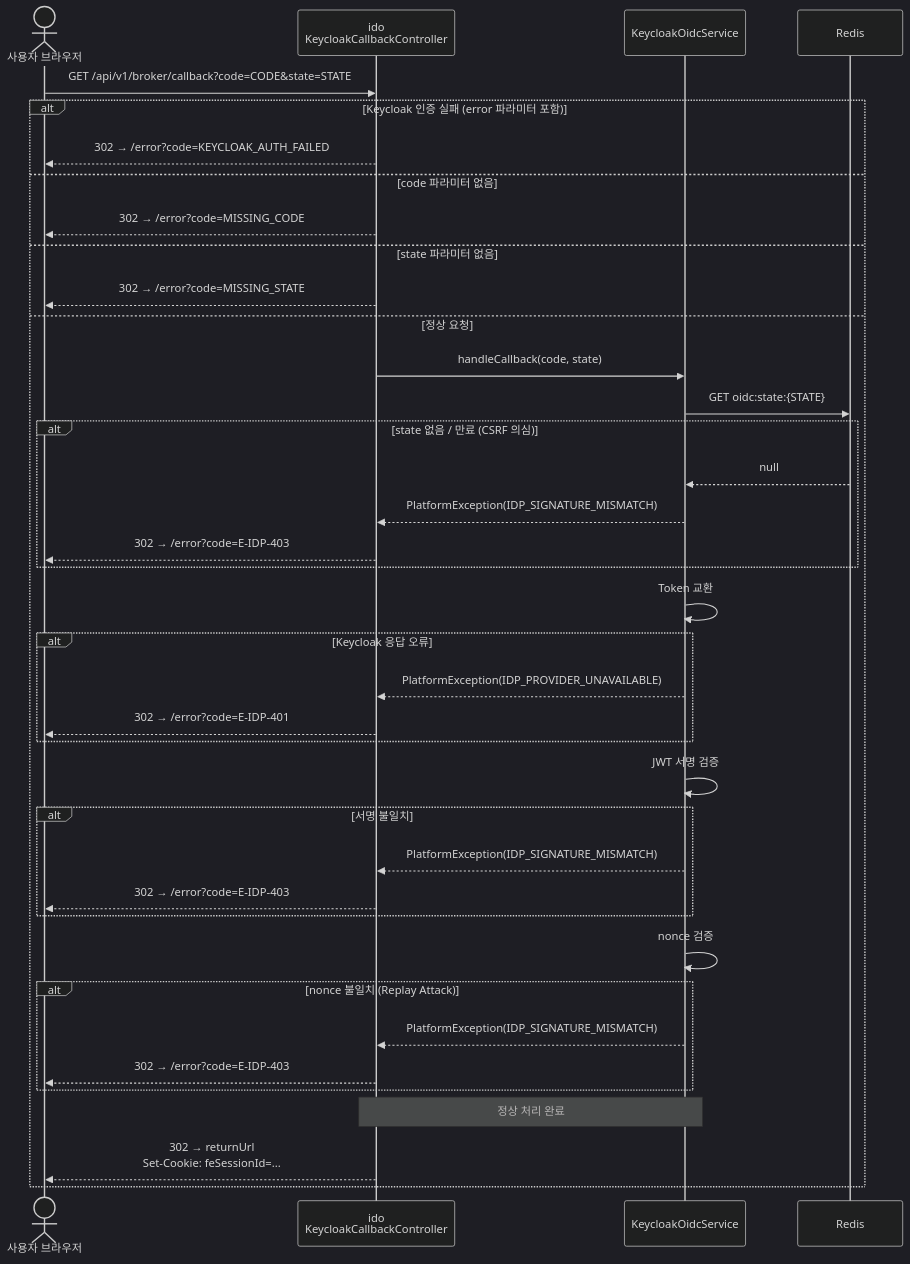
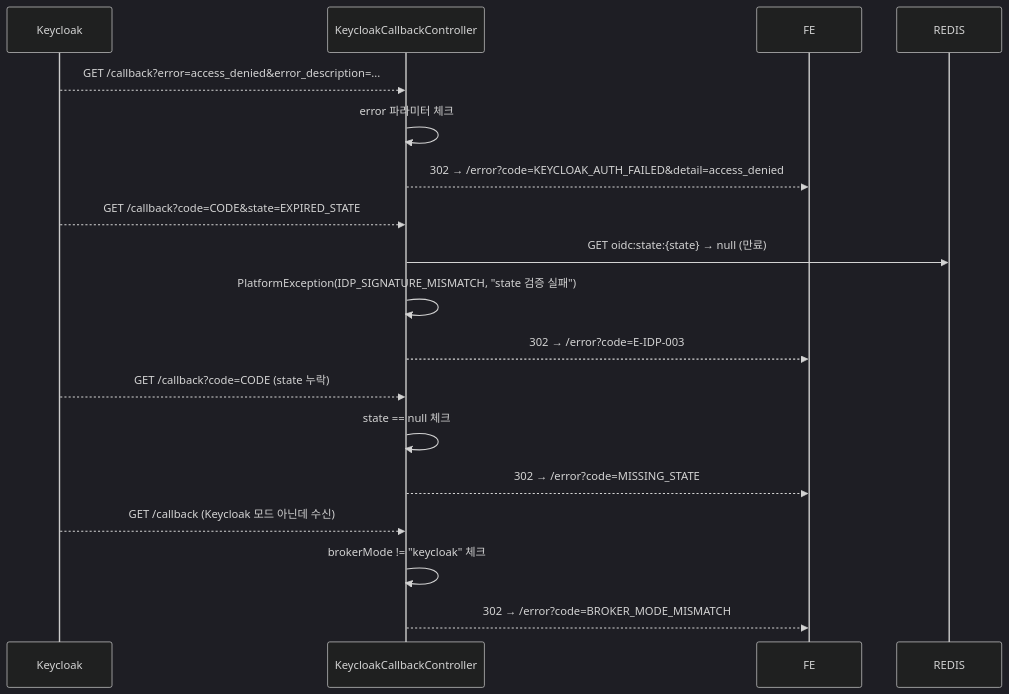
Before and after one commit to HipsterMIN/integration-sso: the fifth of 5 diagrams in docs/oidc-brokering-design.md, drawn with Mermaid (dark theme). The commit also changed other lines of this file, not shown here.

First line of the commit message:
docs(oidc): 설계서 v1.4.0 — 코드베이스 전면 재분석 기반 재작성·보완

````diff
--- a/docs/oidc-brokering-design.md
+++ b/docs/oidc-brokering-design.md
@@ -583,47 +739,22 @@
 ```mermaid
 sequenceDiagram
-    actor User as 사용자 브라우저
-    participant IDO as ido<br/>KeycloakCallbackController
-    participant SVC as KeycloakOidcService
-    participant REDIS as Redis
+    participant KC as Keycloak
+    participant IDO as KeycloakCallbackController
 
-    User->>IDO: GET /api/v1/broker/callback?code=CODE&state=STATE
+    KC-->>IDO: GET /callback?error=access_denied&error_description=...
+    IDO->>IDO: error 파라미터 체크
+    IDO-->>FE: 302 → /error?code=KEYCLOAK_AUTH_FAILED&detail=access_denied
 
-    alt Keycloak 인증 실패 (error 파라미터 포함)
-        IDO-->>User: 302 → /error?code=KEYCLOAK_AUTH_FAILED
-    else code 파라미터 없음
-        IDO-->>User: 302 → /error?code=MISSING_CODE
-    else state 파라미터 없음
-        IDO-->>User: 302 → /error?code=MISSING_STATE
-    else 정상 요청
-        IDO->>SVC: handleCallback(code, state)
-        
-        SVC->>REDIS: GET oidc:state:{STATE}
-        alt state 없음 / 만료 (CSRF 의심)
-            REDIS-->>SVC: null
-            SVC-->>IDO: PlatformException(IDP_SIGNATURE_MISMATCH)
-            IDO-->>User: 302 → /error?code=E-IDP-403
-        end
-        
-        SVC->>SVC: Token 교환
-        alt Keycloak 응답 오류
-            SVC-->>IDO: PlatformException(IDP_PROVIDER_UNAVAILABLE)
-            IDO-->>User: 302 → /error?code=E-IDP-401
-        end
-        
-        SVC->>SVC: JWT 서명 검증
-        alt 서명 불일치
-            SVC-->>IDO: PlatformException(IDP_SIGNATURE_MISMATCH)
-            IDO-->>User: 302 → /error?code=E-IDP-403
-        end
-        
-        SVC->>SVC: nonce 검증
-        alt nonce 불일치 (Replay Attack)
-            SVC-->>IDO: PlatformException(IDP_SIGNATURE_MISMATCH)
-            IDO-->>User: 302 → /error?code=E-IDP-403
-        end
-        
-        Note over SVC,IDO: 정상 처리 완료
-        IDO-->>User: 302 → returnUrl<br/>Set-Cookie: feSessionId=...
-    end
+    KC-->>IDO: GET /callback?code=CODE&state=EXPIRED_STATE
+    IDO->>REDIS: GET oidc:state:{state} → null (만료)
+    IDO->>IDO: PlatformException(IDP_SIGNATURE_MISMATCH, "state 검증 실패")
+    IDO-->>FE: 302 → /error?code=E-IDP-003
+
+    KC-->>IDO: GET /callback?code=CODE (state 누락)
+    IDO->>IDO: state == null 체크
+    IDO-->>FE: 302 → /error?code=MISSING_STATE
+
+    KC-->>IDO: GET /callback (Keycloak 모드 아닌데 수신)
+    IDO->>IDO: brokerMode != "keycloak" 체크
+    IDO-->>FE: 302 → /error?code=BROKER_MODE_MISMATCH
 ```
````
